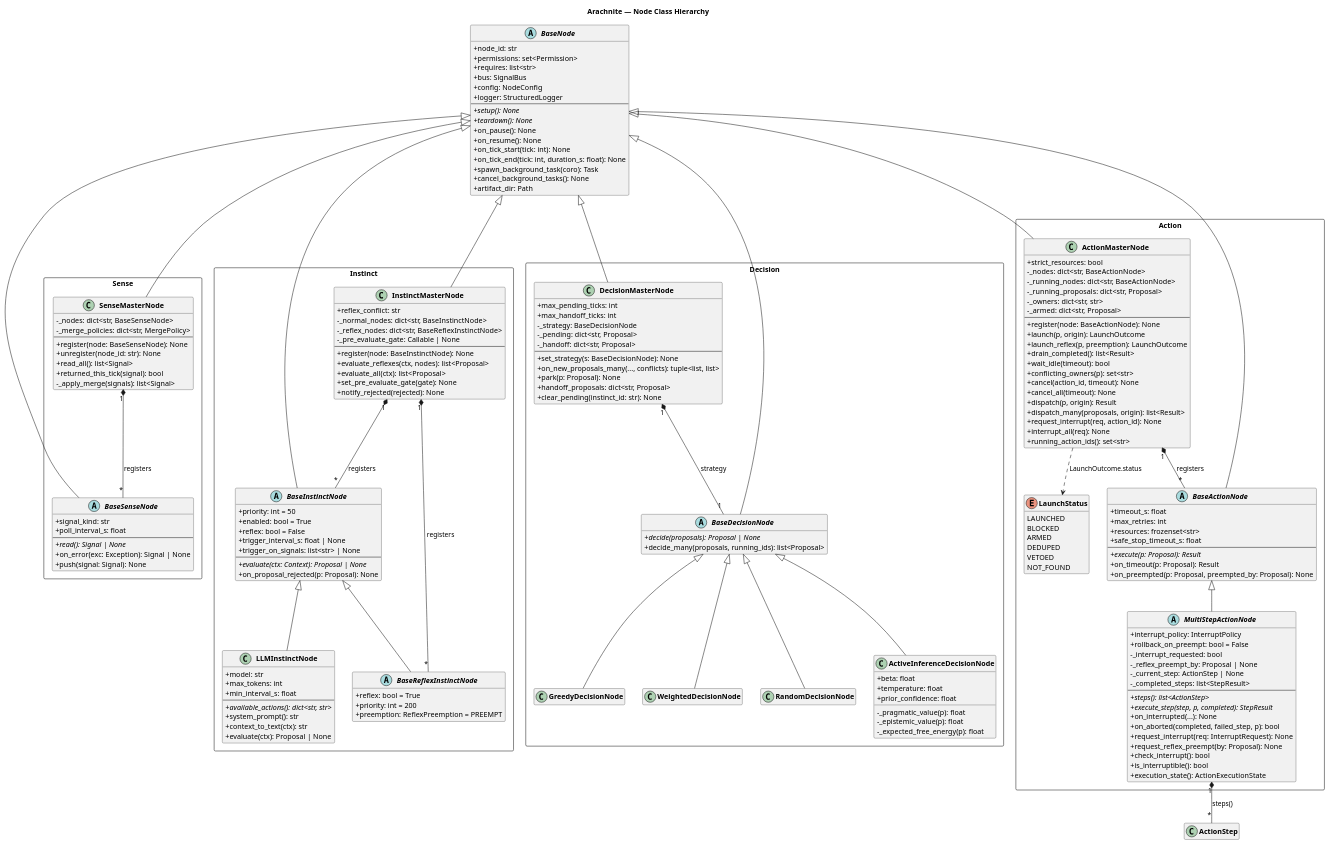
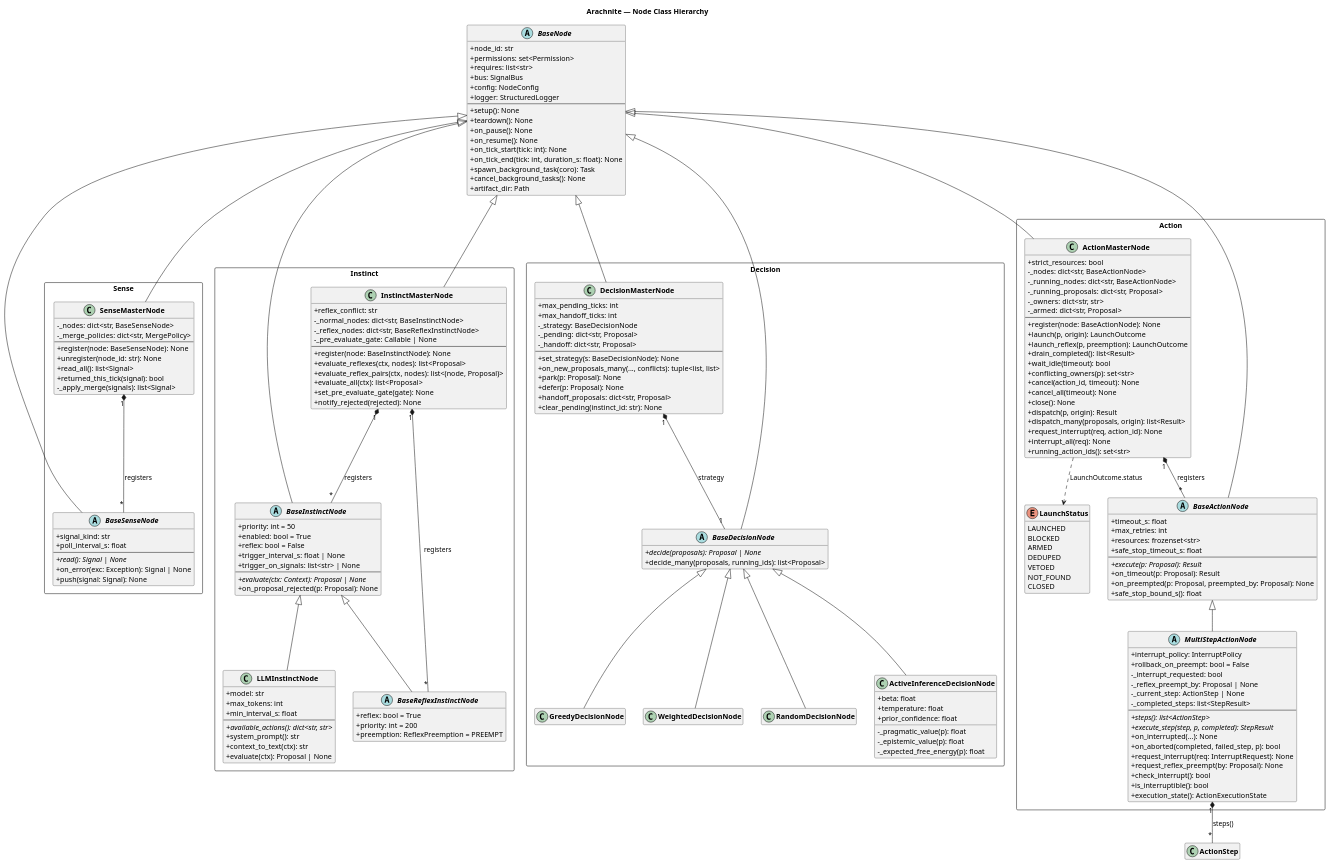
One commit to memrecolak/arachnite-oss changed the diagram in docs/uml/01_node_hierarchy.puml. Above: the diagram before and after it, drawn with PlantUML. The commit also changed 35 other files, not shown here.

```diff
--- a/docs/uml/01_node_hierarchy.puml
+++ b/docs/uml/01_node_hierarchy.puml
@@ -14,8 +14,8 @@
   + config: NodeConfig
   + logger: StructuredLogger
   --
-  + {abstract} setup(): None
-  + {abstract} teardown(): None
+  + setup(): None
+  + teardown(): None
   + on_pause(): None
   + on_resume(): None
   + on_tick_start(tick: int): None
@@ -86,6 +86,7 @@
     --
     + register(node: BaseInstinctNode): None
     + evaluate_reflexes(ctx, nodes): list<Proposal>
+    + evaluate_reflex_pairs(ctx, nodes): list<(node, Proposal)>
     + evaluate_all(ctx): list<Proposal>
     + set_pre_evaluate_gate(gate): None
     + notify_rejected(rejected): None
@@ -121,6 +122,7 @@
     + set_strategy(s: BaseDecisionNode): None
     + on_new_proposals_many(..., conflicts): tuple<list, list>
     + park(p: Proposal): None
+    + defer(p: Proposal): None
     + handoff_proposals: dict<str, Proposal>
     + clear_pending(instinct_id: str): None
   }
@@ -137,6 +139,7 @@
     + {abstract} execute(p: Proposal): Result
     + on_timeout(p: Proposal): Result
     + on_preempted(p: Proposal, preempted_by: Proposal): None
+    + safe_stop_bound_s(): float
   }
 
   abstract class MultiStepActionNode {
@@ -174,6 +177,7 @@
     + conflicting_owners(p): set<str>
     + cancel(action_id, timeout): None
     + cancel_all(timeout): None
+    + close(): None
     + dispatch(p, origin): Result
     + dispatch_many(proposals, origin): list<Result>
     + request_interrupt(req, action_id): None
@@ -188,6 +192,7 @@
     DEDUPED
     VETOED
     NOT_FOUND
+    CLOSED
   }
 }
 
```
